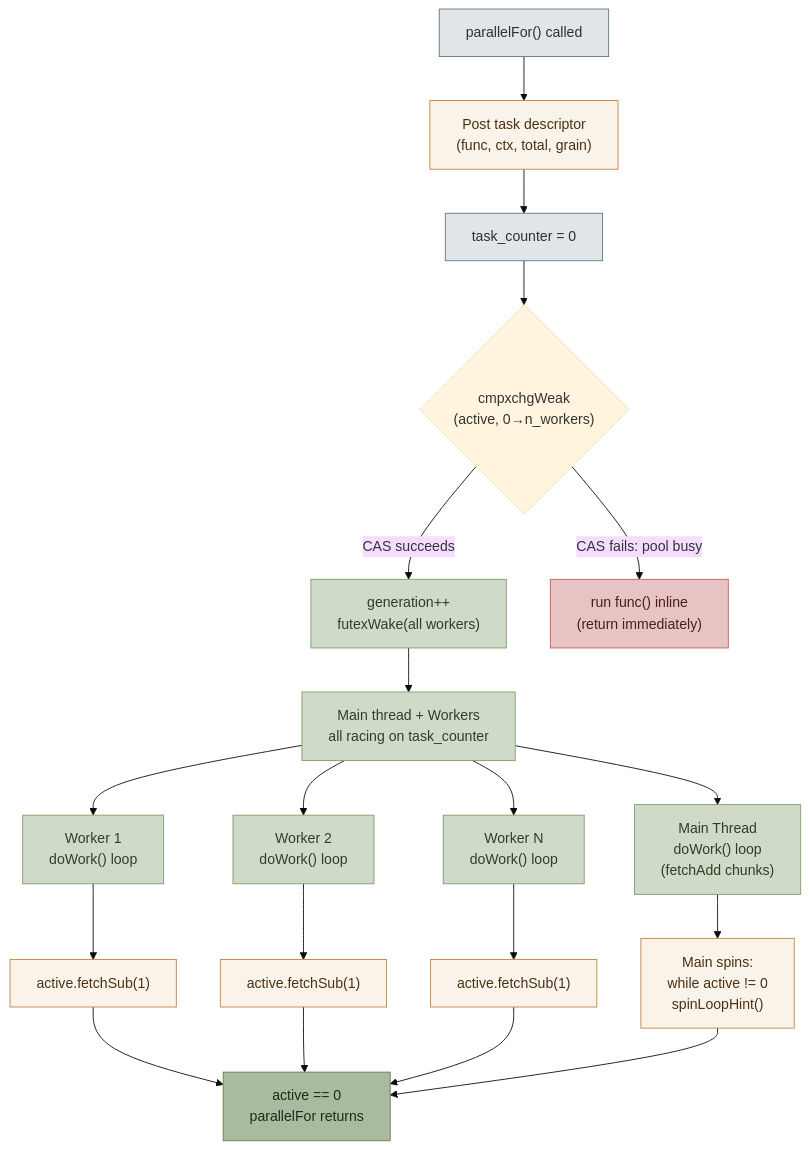
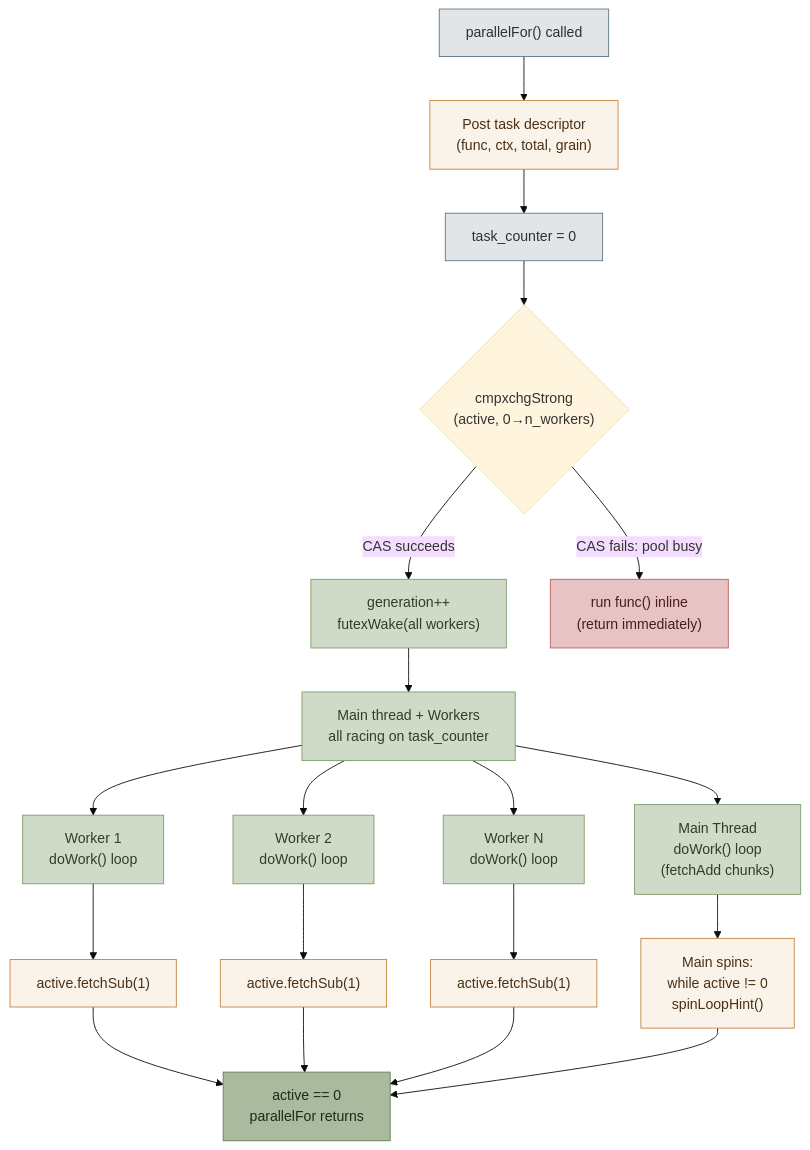
One commit to maci0/agave changed the fourth of 8 diagrams in docs/tutorial/12-cpu-parallelism.md. Above: the diagram before and after it, drawn with Mermaid (base theme). The commit also changed other lines of this file and 1 other file, not shown here.

Commit message:
docs: fix thread_pool tutorial futex and CAS signatures

````diff
--- a/docs/tutorial/12-cpu-parallelism.md
+++ b/docs/tutorial/12-cpu-parallelism.md
@@ -195,47 +195,47 @@
 ```mermaid
 flowchart TD
     classDef setup     fill:#e2e5e8,stroke:#5f7480,color:#25333a
     classDef sync      fill:#d0dac9,stroke:#7d9b6a,color:#2f3f26
     classDef migration fill:#f9f3ea,stroke:#c4823a,color:#4a3116
     classDef success   fill:#a9ba9e,stroke:#5f7f4c,color:#1e2b18
     classDef danger    fill:#e8c3c3,stroke:#c05c5c,color:#4a1c1c
     classDef optional  fill:#d2bcb6,stroke:#a97f75,color:#3d2520
 
     Start["parallelFor() called"]:::setup
     Post["Post task descriptor\n(func, ctx, total, grain)"]:::migration
     Reset["task_counter = 0"]:::setup
     Wake["generation++\nfutexWake(all workers)"]:::sync
     Inline["run func() inline\n(return immediately)"]:::danger
     Split["Main thread + Workers\nall racing on task_counter"]:::sync
     Main["Main Thread\ndoWork() loop\n(fetchAdd chunks)"]:::sync
     W1["Worker 1\ndoWork() loop"]:::sync
     W2["Worker 2\ndoWork() loop"]:::sync
     Wn["Worker N\ndoWork() loop"]:::sync
     Spin["Main spins:\nwhile active != 0\n spinLoopHint()"]:::migration
     Dec1["active.fetchSub(1)"]:::migration
     Dec2["active.fetchSub(1)"]:::migration
     DecN["active.fetchSub(1)"]:::migration
     Done["active == 0\nparallelFor returns"]:::success
 
     Start --> Post
     Post --> Reset
-    Reset --> CAS{"cmpxchgWeak\n(active, 0→n_workers)"}
+    Reset --> CAS{"cmpxchgStrong\n(active, 0→n_workers)"}
     CAS -->|CAS succeeds| Wake
     CAS -->|CAS fails: pool busy| Inline
     Wake --> Split
 
     Split --> Main
     Split --> W1
     Split --> W2
     Split --> Wn
 
     Main --> Spin
     W1 --> Dec1
     W2 --> Dec2
     Wn --> DecN
 
     Dec1 --> Done
     Dec2 --> Done
     DecN --> Done
     Spin --> Done
 ```
````
